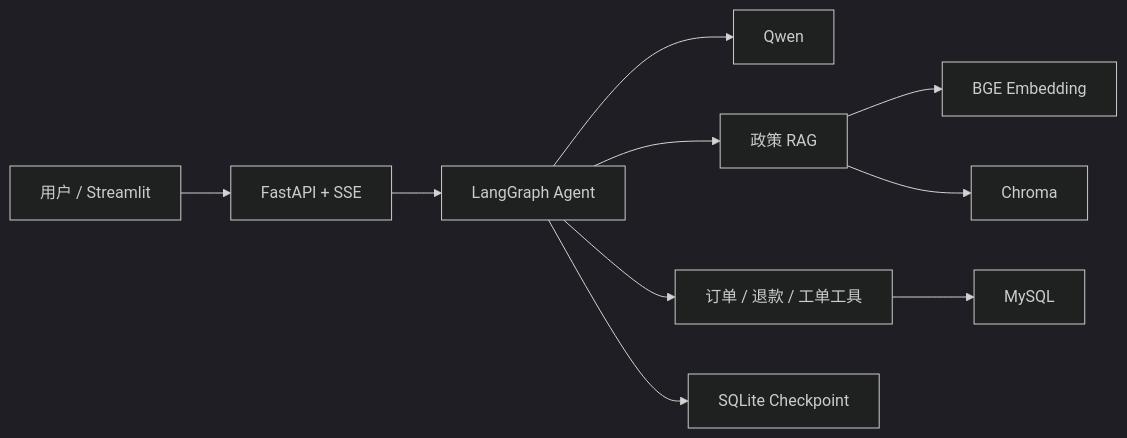
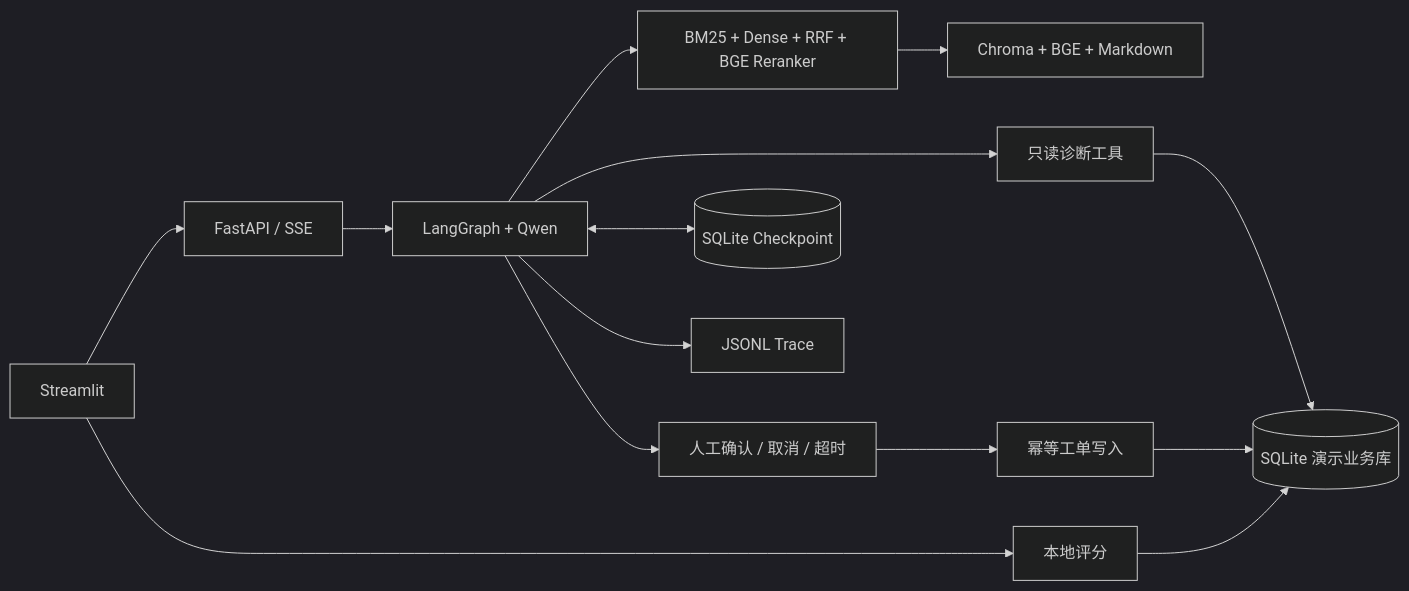
One commit to hellolc666/saas-tech-support-agent changed the diagram in README.md. Above: the diagram before and after it, drawn with Mermaid (dark theme). The commit also changed other lines of this file and 51 other files, not shown here.

Commit message:
feat: implement SaaS support agent with RAG and HITL

````diff
--- a/README.md
+++ b/README.md
@@ -26,12 +29,16 @@
 ```mermaid
 flowchart LR
-    U["用户 / Streamlit"] --> API["FastAPI + SSE"]
-    API --> G["LangGraph Agent"]
-    G --> LLM["Qwen"]
-    G --> RAG["政策 RAG"]
-    G --> TOOLS["订单 / 退款 / 工单工具"]
-    RAG --> BGE["BGE Embedding"]
-    RAG --> CHROMA["Chroma"]
-    TOOLS --> MYSQL["MySQL"]
-    G --> CP["SQLite Checkpoint"]
+ UI[Streamlit] --> API[FastAPI / SSE]
+ API --> G[LangGraph + Qwen]
+ G --> R[BM25 + Dense + RRF + BGE Reranker]
+ R --> C[Chroma + BGE + Markdown]
+ G --> T[只读诊断工具]
+ T --> DB[(SQLite 演示业务库)]
+ G --> H[人工确认 / 取消 / 超时]
+ H --> W[幂等工单写入]
+ W --> DB
+ G <--> CP[(SQLite Checkpoint)]
+ G --> L[JSONL Trace]
+ UI --> F[本地评分]
+ F --> DB
 ```
````
